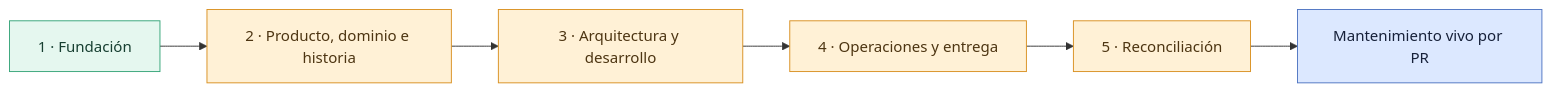
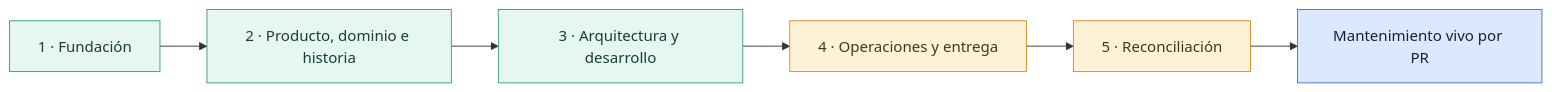
The diagram in Vault/00-inicio/roadmap-del-vault.md (ErickEduardo027/ELEVANT), drawn with Mermaid before and after one commit. The commit also changed other lines of this file and 35 other files, not shown here.

Commit message:
docs: map ELEVANT architecture and development

````diff
--- a/Vault/00-inicio/roadmap-del-vault.md
+++ b/Vault/00-inicio/roadmap-del-vault.md
@@ -31,15 +34,15 @@
 ```mermaid
 flowchart LR
     F[1 · Fundación] --> P[2 · Producto, dominio e historia]
     P --> A[3 · Arquitectura y desarrollo]
     A --> O[4 · Operaciones y entrega]
     O --> R[5 · Reconciliación]
     R --> L[Mantenimiento vivo por PR]
 
     classDef done fill:#e5f7ef,color:#173f31,stroke:#36a579;
     classDef next fill:#fff1d6,color:#4d3512,stroke:#d99021;
     classDef living fill:#dce8ff,color:#17213a,stroke:#4f75c2;
-    class F done;
-    class P,A,O,R next;
+    class F,P,A done;
+    class O,R next;
     class L living;
 ```
````
